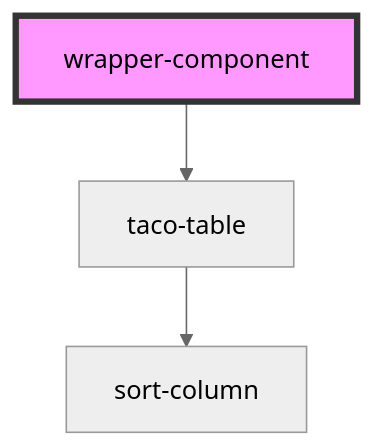
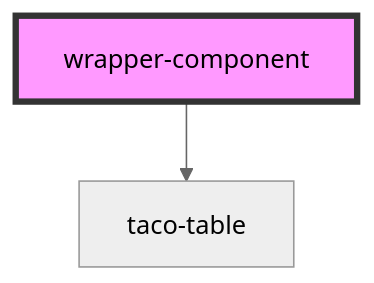
Before and after one commit to Fabiola22/avocado-components-pov: the diagram in src/components/wrapper-component/readme.md, drawn with Mermaid (neutral theme). The commit also changed 2 other files, not shown here.

````diff
--- a/src/components/wrapper-component/readme.md
+++ b/src/components/wrapper-component/readme.md
@@ -15,6 +15,5 @@
 ```mermaid
 graph TD;
   wrapper-component --> taco-table
-  taco-table --> sort-column
   style wrapper-component fill:#f9f,stroke:#333,stroke-width:4px
 ```
````
